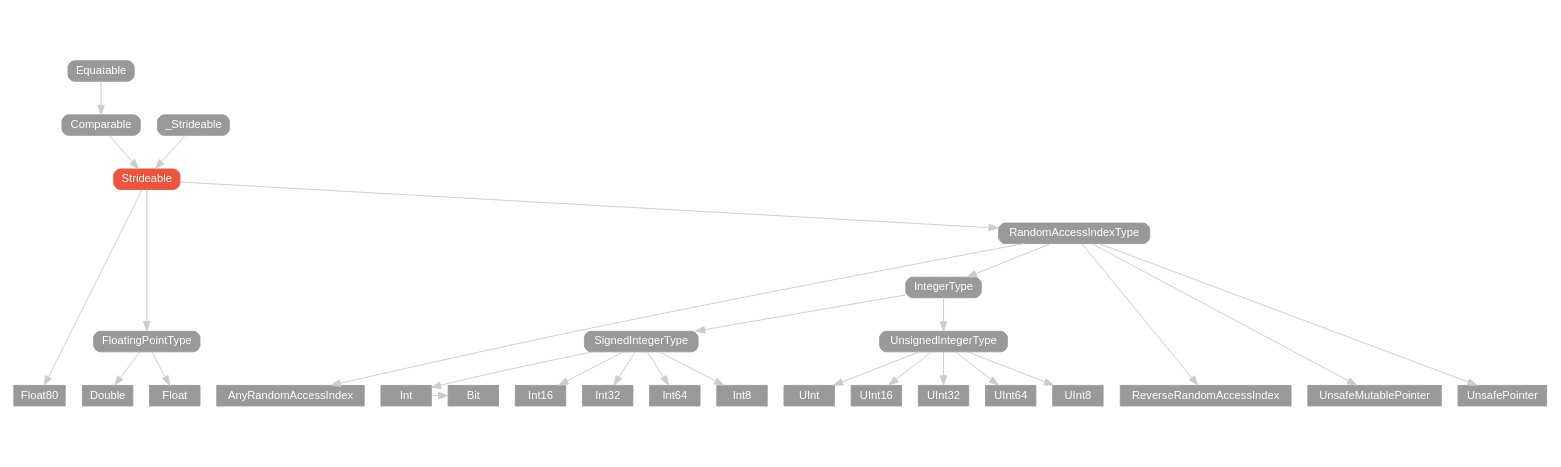
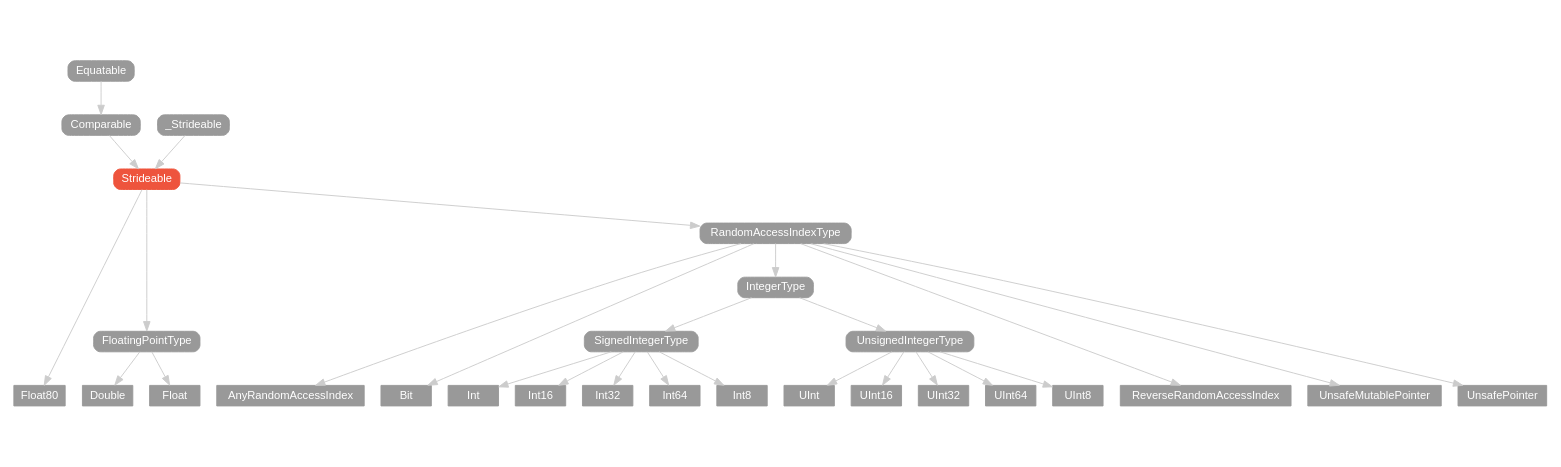
Before and after one commit to SwiftDoc/SwiftDoc.github.io: the diagram in v2.1/protocol/Strideable/hierarchy/index.dot, drawn with Graphviz. The commit also changed 50 other files, not shown here.

```diff
--- a/v2.1/protocol/Strideable/hierarchy/index.dot
+++ b/v2.1/protocol/Strideable/hierarchy/index.dot
@@ -1,60 +1,60 @@
 strict digraph "Strideable - Type Hierarchy - SwiftDoc.org" {
     pad="0.1,0.8"
     node [shape=box, style="filled,rounded", color="#999999", fillcolor="#999999", fontcolor=white, fontname=Helvetica, fontnames="Helvetica,sansserif", fontsize=12, margin="0.07,0.05", height="0.3"]
     edge [color="#cccccc"]
     "AnyRandomAccessIndex" [URL="/type/AnyRandomAccessIndex/hierarchy/", style=filled]
     "Bit" [URL="/type/Bit/hierarchy/", style=filled]
     "Comparable" [URL="/protocol/Comparable/hierarchy/"]
     "Double" [URL="/type/Double/hierarchy/", style=filled]
     "Equatable" [URL="/protocol/Equatable/hierarchy/"]
     "Float" [URL="/type/Float/hierarchy/", style=filled]
     "Float80" [URL="/type/Float80/hierarchy/", style=filled]
     "FloatingPointType" [URL="/protocol/FloatingPointType/hierarchy/"]
     "Int" [URL="/type/Int/hierarchy/", style=filled]
     "Int16" [URL="/type/Int16/hierarchy/", style=filled]
     "Int32" [URL="/type/Int32/hierarchy/", style=filled]
     "Int64" [URL="/type/Int64/hierarchy/", style=filled]
     "Int8" [URL="/type/Int8/hierarchy/", style=filled]
     "IntegerType" [URL="/protocol/IntegerType/hierarchy/"]
     "RandomAccessIndexType" [URL="/protocol/RandomAccessIndexType/hierarchy/"]
     "ReverseRandomAccessIndex" [URL="/type/ReverseRandomAccessIndex/hierarchy/", style=filled]
     "SignedIntegerType" [URL="/protocol/SignedIntegerType/hierarchy/"]
     "Strideable" [URL="/protocol/Strideable/", style="filled,rounded", fillcolor="#ee543d", color="#ee543d"]
     "UInt" [URL="/type/UInt/hierarchy/", style=filled]
     "UInt16" [URL="/type/UInt16/hierarchy/", style=filled]
     "UInt32" [URL="/type/UInt32/hierarchy/", style=filled]
     "UInt64" [URL="/type/UInt64/hierarchy/", style=filled]
     "UInt8" [URL="/type/UInt8/hierarchy/", style=filled]
     "UnsafeMutablePointer" [URL="/type/UnsafeMutablePointer/hierarchy/", style=filled]
     "UnsafePointer" [URL="/type/UnsafePointer/hierarchy/", style=filled]
     "UnsignedIntegerType" [URL="/protocol/UnsignedIntegerType/hierarchy/"]
     "_Strideable" [URL="/protocol/_Strideable/hierarchy/"]    "Strideable" -> "Float80"
     "Strideable" -> "FloatingPointType"
     "Strideable" -> "RandomAccessIndexType"
     "FloatingPointType" -> "Double"
     "FloatingPointType" -> "Float"
     "RandomAccessIndexType" -> "AnyRandomAccessIndex"
+    "RandomAccessIndexType" -> "Bit"
     "RandomAccessIndexType" -> "IntegerType"
     "RandomAccessIndexType" -> "ReverseRandomAccessIndex"
     "RandomAccessIndexType" -> "UnsafeMutablePointer"
     "RandomAccessIndexType" -> "UnsafePointer"
     "IntegerType" -> "SignedIntegerType"
     "IntegerType" -> "UnsignedIntegerType"
     "SignedIntegerType" -> "Int"
     "SignedIntegerType" -> "Int16"
     "SignedIntegerType" -> "Int32"
     "SignedIntegerType" -> "Int64"
     "SignedIntegerType" -> "Int8"
-    "Int" -> "Bit"
     "UnsignedIntegerType" -> "UInt"
     "UnsignedIntegerType" -> "UInt16"
     "UnsignedIntegerType" -> "UInt32"
     "UnsignedIntegerType" -> "UInt64"
     "UnsignedIntegerType" -> "UInt8"
     "Comparable" -> "Strideable"
     "_Strideable" -> "Strideable"
     "Equatable" -> "Comparable"
     subgraph Types {
-        rank = max; "Float80"; "Double"; "Float"; "AnyRandomAccessIndex"; "ReverseRandomAccessIndex"; "UnsafeMutablePointer"; "UnsafePointer"; "Int"; "Int16"; "Int32"; "Int64"; "Int8"; "Bit"; "UInt"; "UInt16"; "UInt32"; "UInt64"; "UInt8";
+        rank = max; "Float80"; "Double"; "Float"; "AnyRandomAccessIndex"; "Bit"; "ReverseRandomAccessIndex"; "UnsafeMutablePointer"; "UnsafePointer"; "Int"; "Int16"; "Int32"; "Int64"; "Int8"; "UInt"; "UInt16"; "UInt32"; "UInt64"; "UInt8";
     }
 }
```
